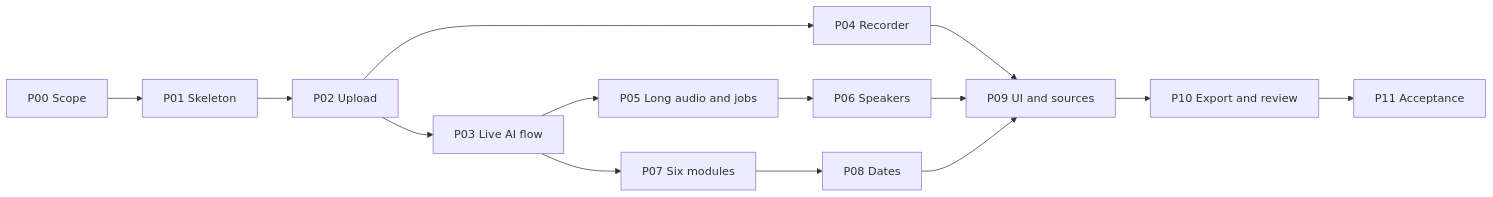
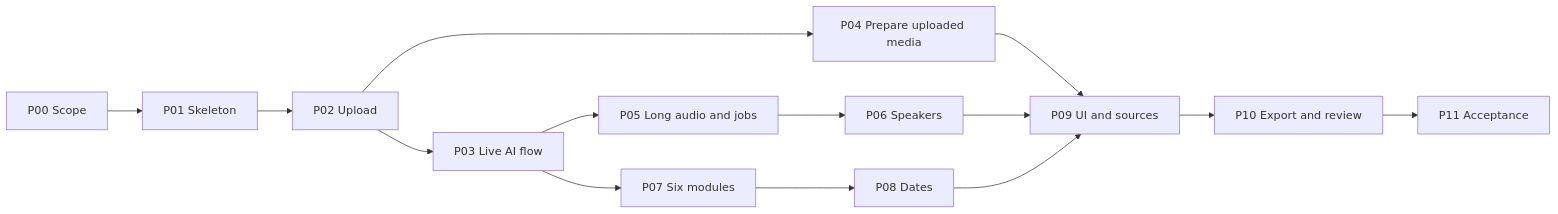
The diagram in docs/implementation-roadmap.md (vietquang8071/se2026-t15), drawn with Mermaid before and after one commit. The commit also changed other lines of this file and 5 other files, not shown here.

````diff
--- a/docs/implementation-roadmap.md
+++ b/docs/implementation-roadmap.md
@@ -242,16 +251,16 @@
 ```mermaid
 flowchart LR
     P00["P00 Scope"] --> P01["P01 Skeleton"]
     P01 --> P02["P02 Upload"]
     P02 --> P03["P03 Live AI flow"]
-    P02 --> P04["P04 Recorder"]
+    P02 --> P04["P04 Prepare uploaded media"]
     P03 --> P05["P05 Long audio and jobs"]
     P05 --> P06["P06 Speakers"]
     P03 --> P07["P07 Six modules"]
     P07 --> P08["P08 Dates"]
     P04 --> P09["P09 UI and sources"]
     P06 --> P09
     P08 --> P09
     P09 --> P10["P10 Export and review"]
     P10 --> P11["P11 Acceptance"]
 ```
````
